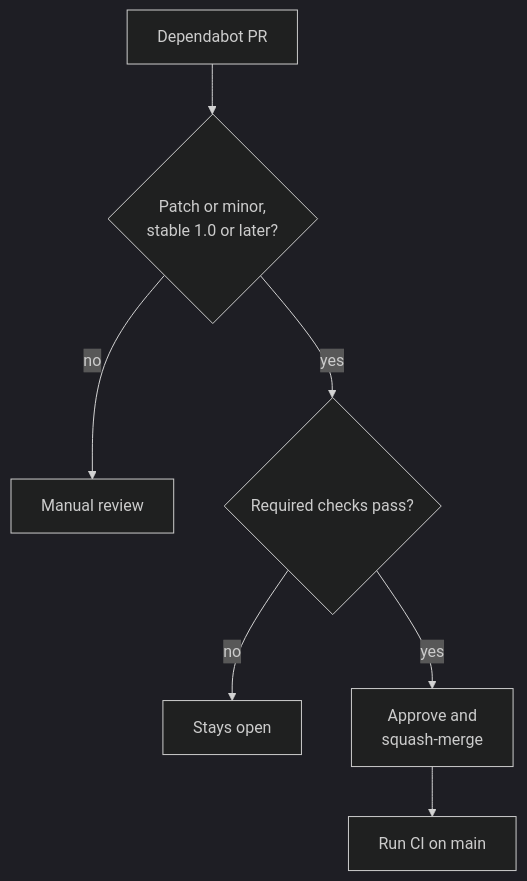
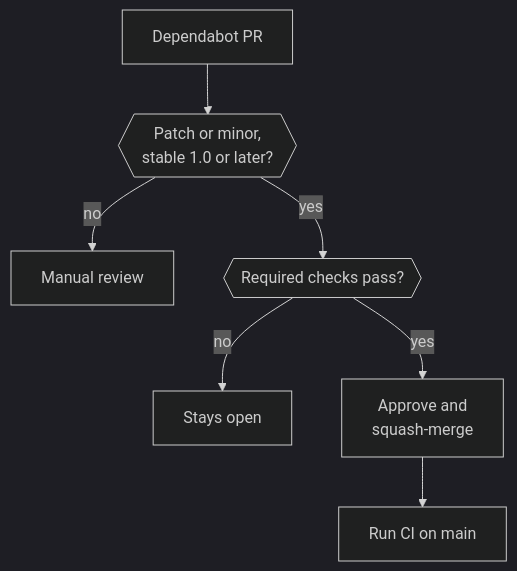
One commit to n8n-io/nod changed the second of 2 diagrams in docs/src/content/docs/contribute/pull-requests.md. Above: the diagram before and after it, drawn with Mermaid (dark theme). The commit also changed 54 other files, not shown here.

````diff
--- a/docs/src/content/docs/contribute/pull-requests.md
+++ b/docs/src/content/docs/contribute/pull-requests.md
@@ -83,9 +83,9 @@
 ```mermaid
 flowchart TD
-  pr[Dependabot PR] --> kind{Patch or minor,<br/>stable 1.0 or later?}
+  pr[Dependabot PR] --> kind{{Patch or minor,<br/>stable 1.0 or later?}}
   kind -- no --> manual[Manual review]:::stop
-  kind -- yes --> checks{Required checks pass?}
+  kind -- yes --> checks{{Required checks pass?}}
   checks -- no --> open[Stays open]:::muted
   checks -- yes --> merge[Approve and<br/>squash-merge]:::go
   merge --> main[Run CI on main]
 ```
````
